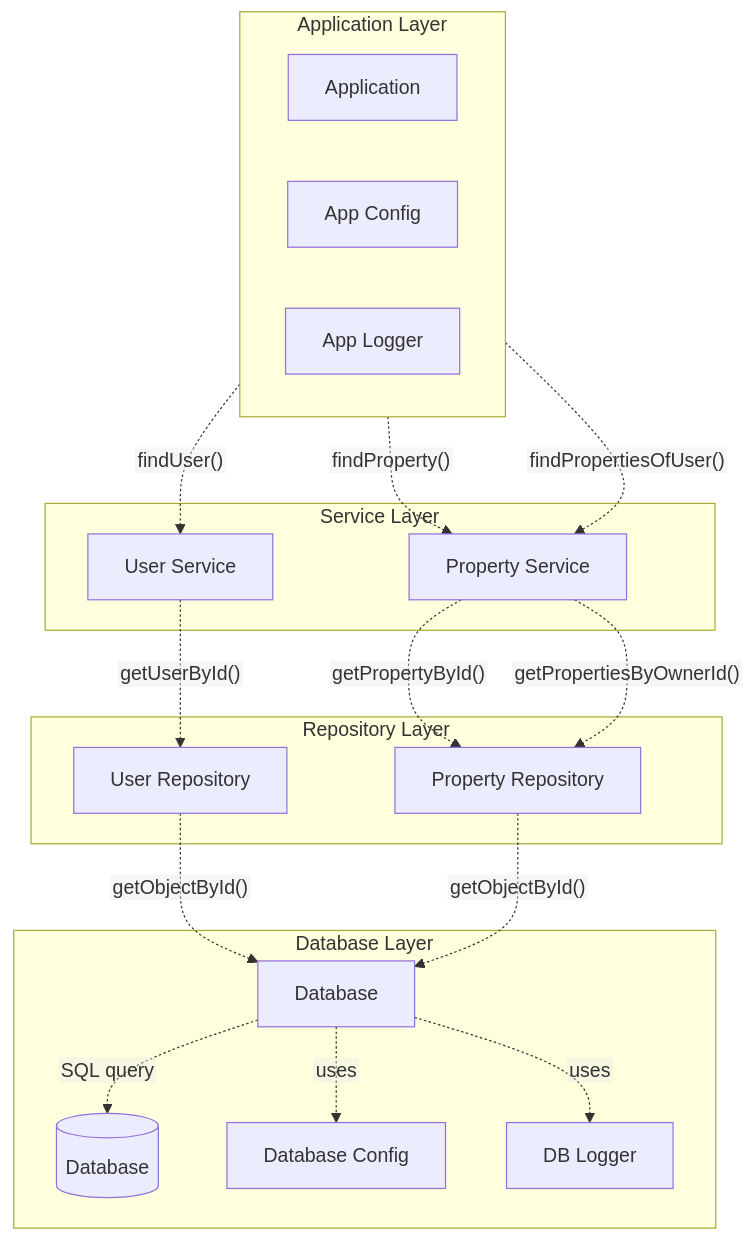
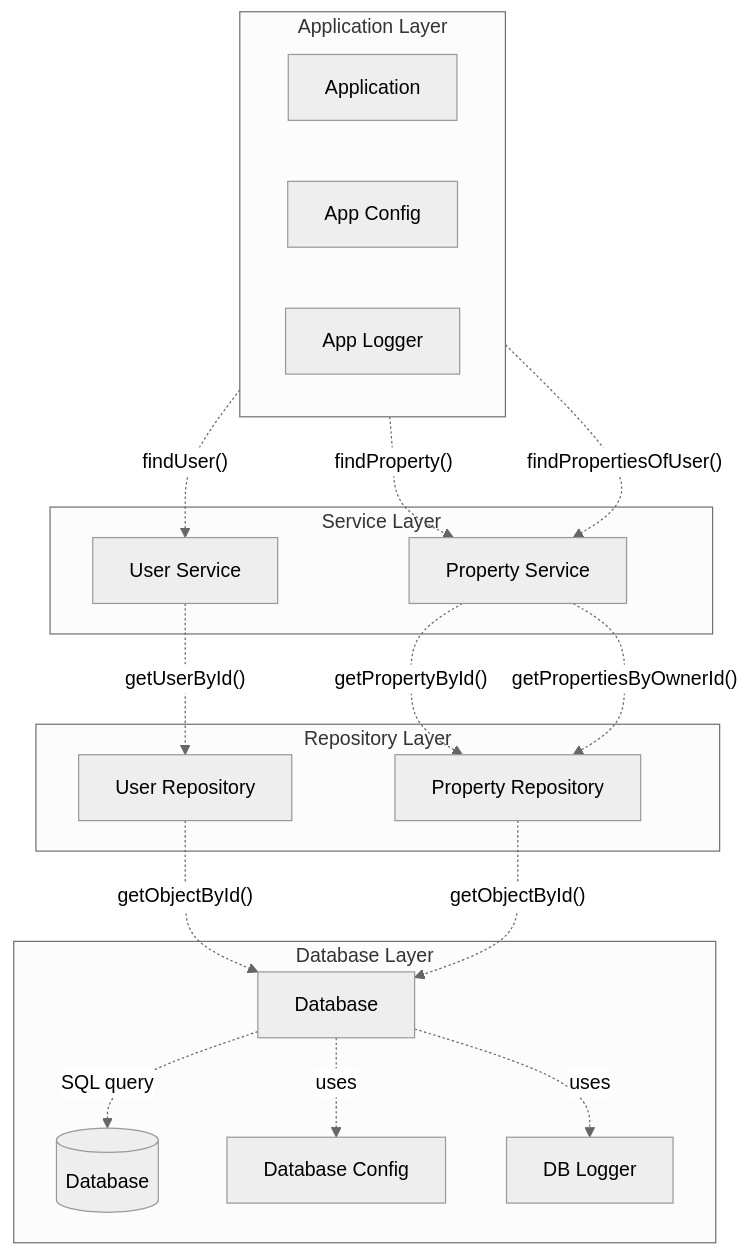
One commit to HivemindTechnologies/zlayers-article changed the diagram in README.md. Above: the diagram before and after it, drawn with Mermaid.

Commit message:
Use neutral theme again

````diff
--- a/README.md
+++ b/README.md
@@ -8,36 +8,36 @@
 ```mermaid
-%%{init: {"flowchart": {"htmlLabels": false}} }%%
+%%{init: {'theme': 'neutral'}}%%
 flowchart TB
 subgraph appLayer["Application Layer"]
     direction LR
     app["Application"]
     appConfig["App Config"]
     appLogger["App Logger"]
 end
 
 subgraph serviceLayer["Service Layer"]
     propService["Property Service"]
     userService["User Service"]
 end
 
 subgraph repoLayer["Repository Layer"]
     userRepo["User Repository"]
     propRepo["Property Repository"]
 end
 
 subgraph dbLayer["Database Layer"]
     database["Database"]
     db[(Database)]
     dbConfig["Database Config"]
     dbLogger["DB Logger"]
 end
 
 app -."findUser()".-> userService -.getUserById().-> userRepo -."getObjectById()".-> database -."SQL query".-> db
 
 app -."findProperty()".-> propService -.getPropertyById().-> propRepo -."getObjectById()".-> database
 
 app -."findPropertiesOfUser()".-> propService -.getPropertiesByOwnerId().-> propRepo
 
 database -.uses.-> dbLogger
 database -.uses.-> dbConfig
 ```
````
